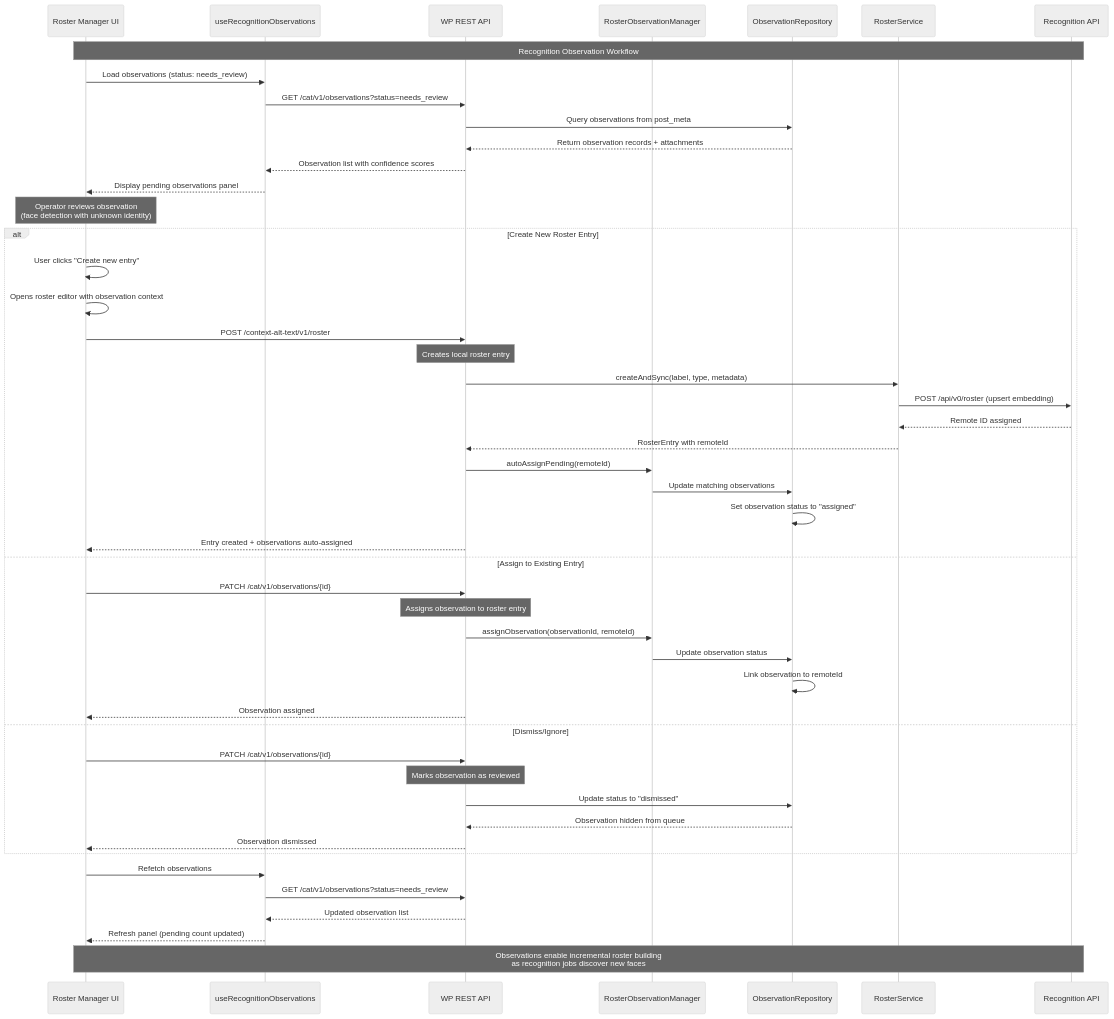
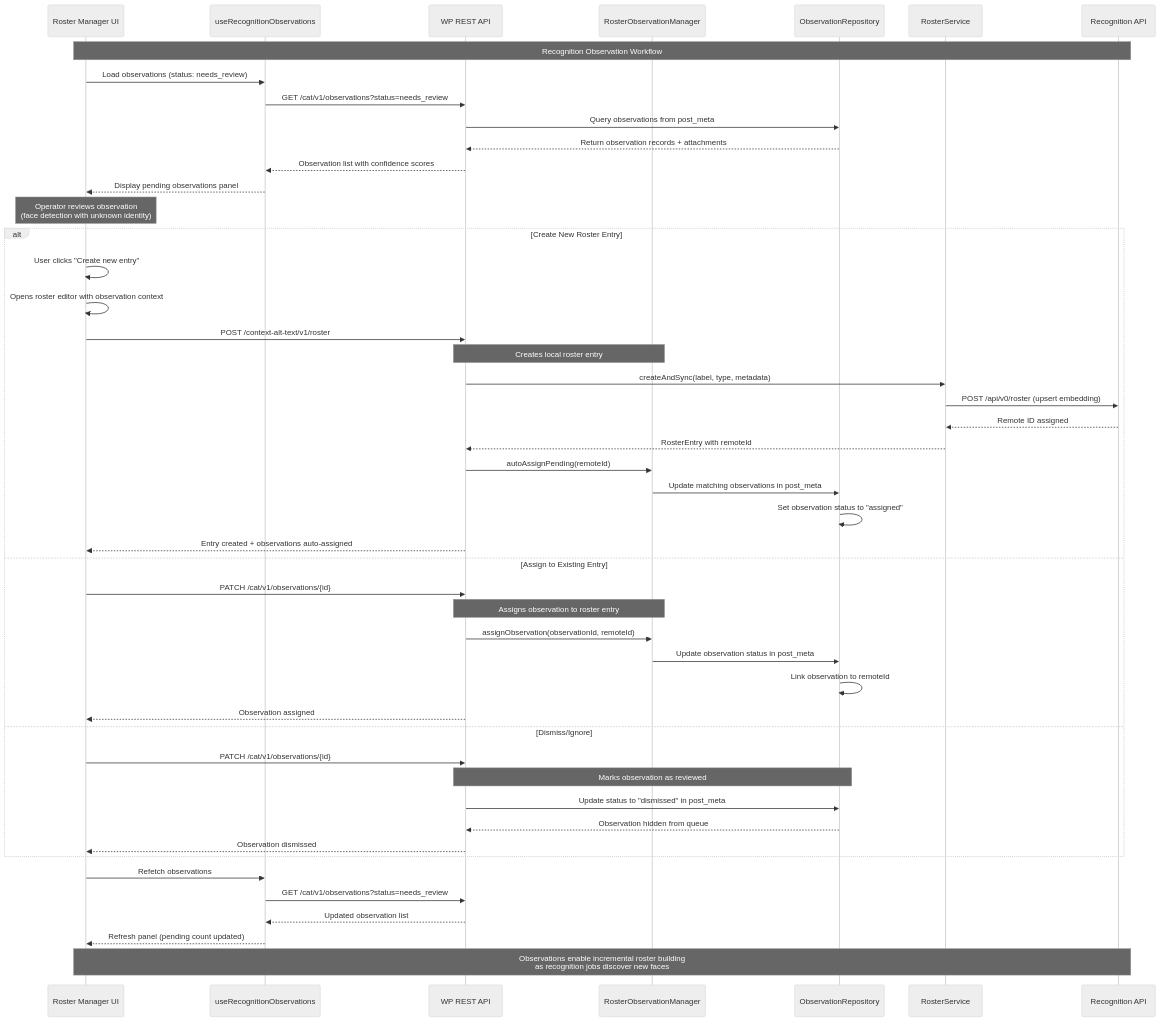
The diagram in docs/architecture/frontend-uml/sequence-observation-workflow.mmd (darce/context-alt-text-monorepo), drawn with Mermaid (neutral theme) before and after one commit. The commit also changed 16 other files, not shown here.

First line of the commit message:
refactor(dashboard): remove premature CSV export + update UML diagrams

```diff
--- a/docs/architecture/frontend-uml/sequence-observation-workflow.mmd
+++ b/docs/architecture/frontend-uml/sequence-observation-workflow.mmd
@@ -1,54 +1,54 @@
 sequenceDiagram
     participant UI as Roster Manager UI
     participant Hook as useRecognitionObservations
     participant API as WP REST API
     participant Manager as RosterObservationManager
     participant Repo as ObservationRepository
     participant Roster as RosterService
     participant Backend as Recognition API
 
     Note over UI,Backend: Recognition Observation Workflow
 
     UI->>Hook: Load observations (status: needs_review)
     Hook->>API: GET /cat/v1/observations?status=needs_review
     API->>Repo: Query observations from post_meta
     Repo-->>API: Return observation records + attachments
     API-->>Hook: Observation list with confidence scores
     Hook-->>UI: Display pending observations panel
 
     Note over UI: Operator reviews observation<br/>(face detection with unknown identity)
 
     alt Create New Roster Entry
         UI->>UI: User clicks "Create new entry"
         UI->>UI: Opens roster editor with observation context
         UI->>API: POST /context-alt-text/v1/roster
-        Note over API: Creates local roster entry
+        Note over API,Manager: Creates local roster entry
         API->>Roster: createAndSync(label, type, metadata)
         Roster->>Backend: POST /api/v0/roster (upsert embedding)
         Backend-->>Roster: Remote ID assigned
         Roster-->>API: RosterEntry with remoteId
         API->>Manager: autoAssignPending(remoteId)
-        Manager->>Repo: Update matching observations
+        Manager->>Repo: Update matching observations in post_meta
         Repo->>Repo: Set observation status to "assigned"
         API-->>UI: Entry created + observations auto-assigned
     else Assign to Existing Entry
         UI->>API: PATCH /cat/v1/observations/{id}
-        Note over API: Assigns observation to roster entry
+        Note over API,Manager: Assigns observation to roster entry
         API->>Manager: assignObservation(observationId, remoteId)
-        Manager->>Repo: Update observation status
+        Manager->>Repo: Update observation status in post_meta
         Repo->>Repo: Link observation to remoteId
         API-->>UI: Observation assigned
     else Dismiss/Ignore
         UI->>API: PATCH /cat/v1/observations/{id}
-        Note over API: Marks observation as reviewed
-        API->>Repo: Update status to "dismissed"
+        Note over API,Repo: Marks observation as reviewed
+        API->>Repo: Update status to "dismissed" in post_meta
         Repo-->>API: Observation hidden from queue
         API-->>UI: Observation dismissed
     end
 
     UI->>Hook: Refetch observations
     Hook->>API: GET /cat/v1/observations?status=needs_review
     API-->>Hook: Updated observation list
     Hook-->>UI: Refresh panel (pending count updated)
 
     Note over UI,Backend: Observations enable incremental roster building<br/>as recognition jobs discover new faces
```
